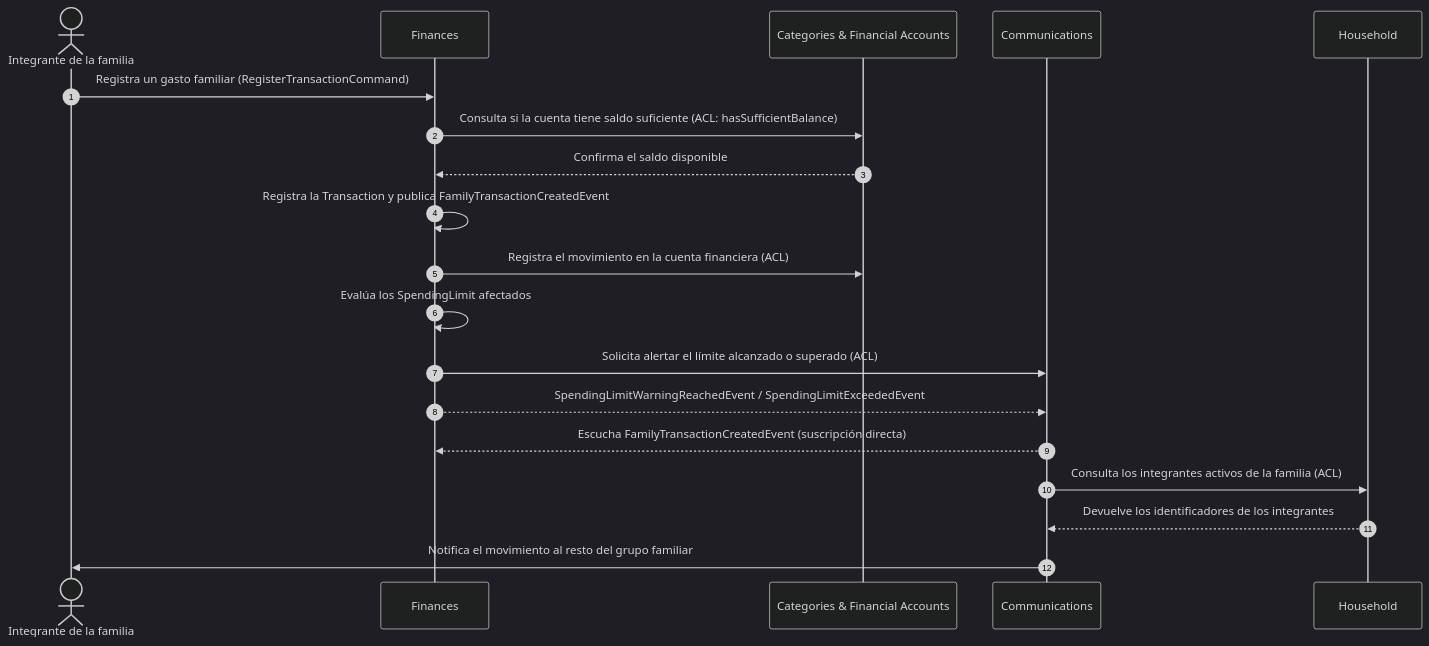
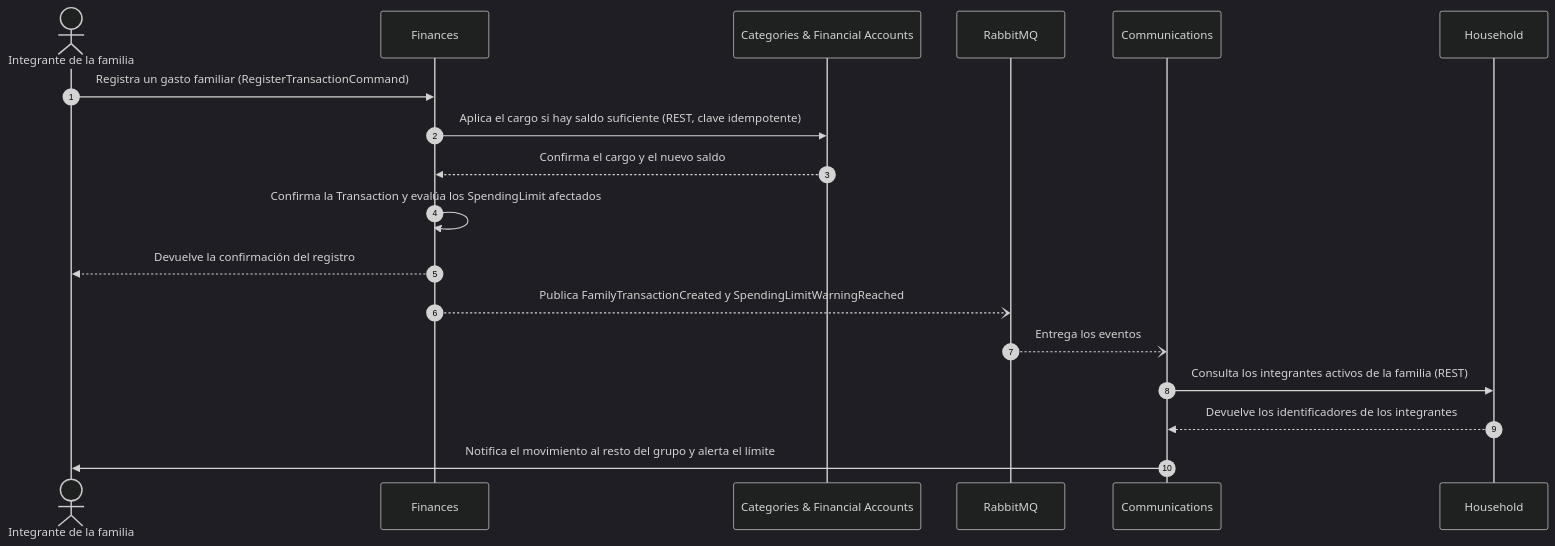
The third of 7 diagrams in docs/04-cha04-strategic-level-software-design.md (G3-Arquitectura-de-Software-Emergentes/TF_1ASI0728_202620_TF), drawn with Mermaid (dark theme) before and after one commit. The commit also changed other lines of this file and 18 other files, not shown here.

````diff
--- a/docs/04-cha04-strategic-level-software-design.md
+++ b/docs/04-cha04-strategic-level-software-design.md
@@ -671,21 +704,20 @@
 ```mermaid
 sequenceDiagram
     autonumber
     actor M as Integrante de la familia
     participant FIN as Finances
     participant CAT as Categories & Financial Accounts
+    participant MQ as RabbitMQ
     participant COM as Communications
     participant HH as Household
     M->>FIN: Registra un gasto familiar (RegisterTransactionCommand)
-    FIN->>CAT: Consulta si la cuenta tiene saldo suficiente (ACL: hasSufficientBalance)
-    CAT-->>FIN: Confirma el saldo disponible
-    FIN->>FIN: Registra la Transaction y publica FamilyTransactionCreatedEvent
-    FIN->>CAT: Registra el movimiento en la cuenta financiera (ACL)
-    FIN->>FIN: Evalúa los SpendingLimit afectados
-    FIN->>COM: Solicita alertar el límite alcanzado o superado (ACL)
-    FIN-->>COM: SpendingLimitWarningReachedEvent / SpendingLimitExceededEvent
-    COM-->>FIN: Escucha FamilyTransactionCreatedEvent (suscripción directa)
-    COM->>HH: Consulta los integrantes activos de la familia (ACL)
+    FIN->>CAT: Aplica el cargo si hay saldo suficiente (REST, clave idempotente)
+    CAT-->>FIN: Confirma el cargo y el nuevo saldo
+    FIN->>FIN: Confirma la Transaction y evalúa los SpendingLimit afectados
+    FIN-->>M: Devuelve la confirmación del registro
+    FIN--)MQ: Publica FamilyTransactionCreated y SpendingLimitWarningReached
+    MQ--)COM: Entrega los eventos
+    COM->>HH: Consulta los integrantes activos de la familia (REST)
     HH-->>COM: Devuelve los identificadores de los integrantes
-    COM->>M: Notifica el movimiento al resto del grupo familiar
+    COM->>M: Notifica el movimiento al resto del grupo y alerta el límite
 ```
````
